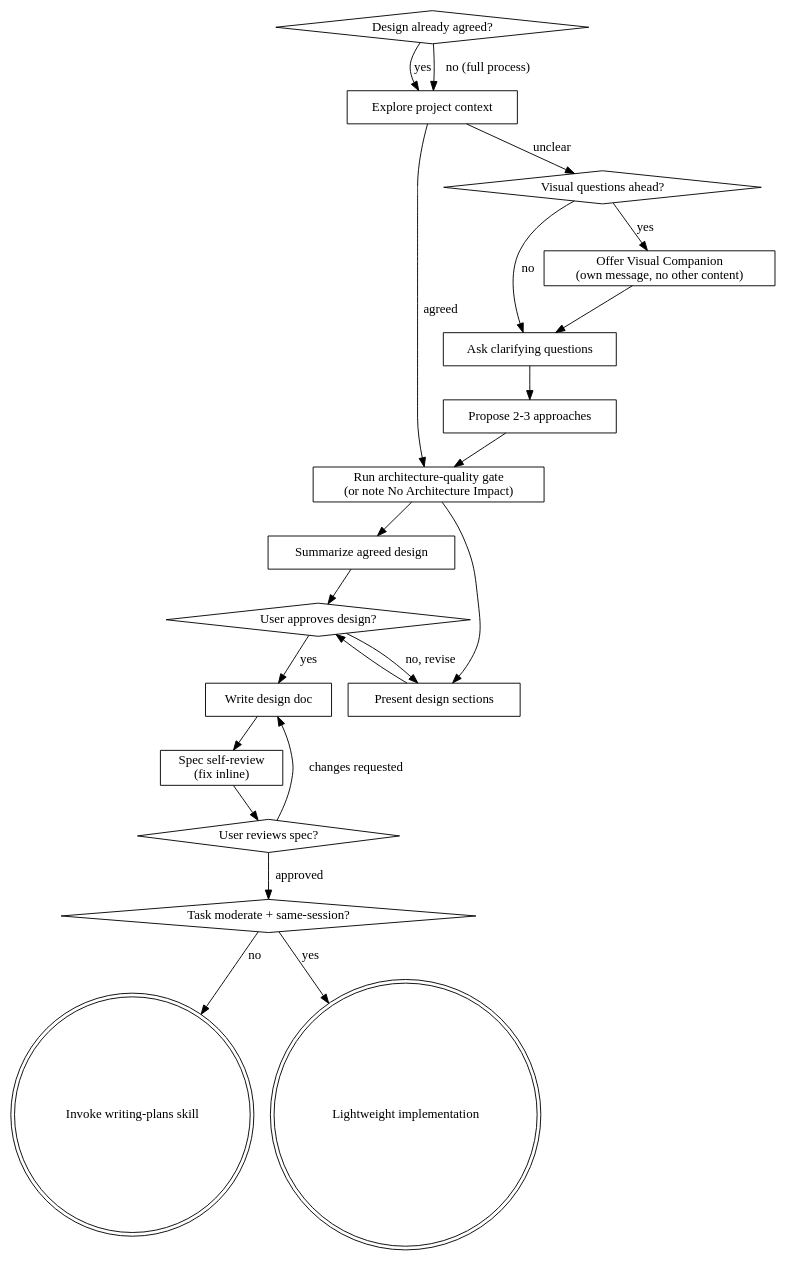
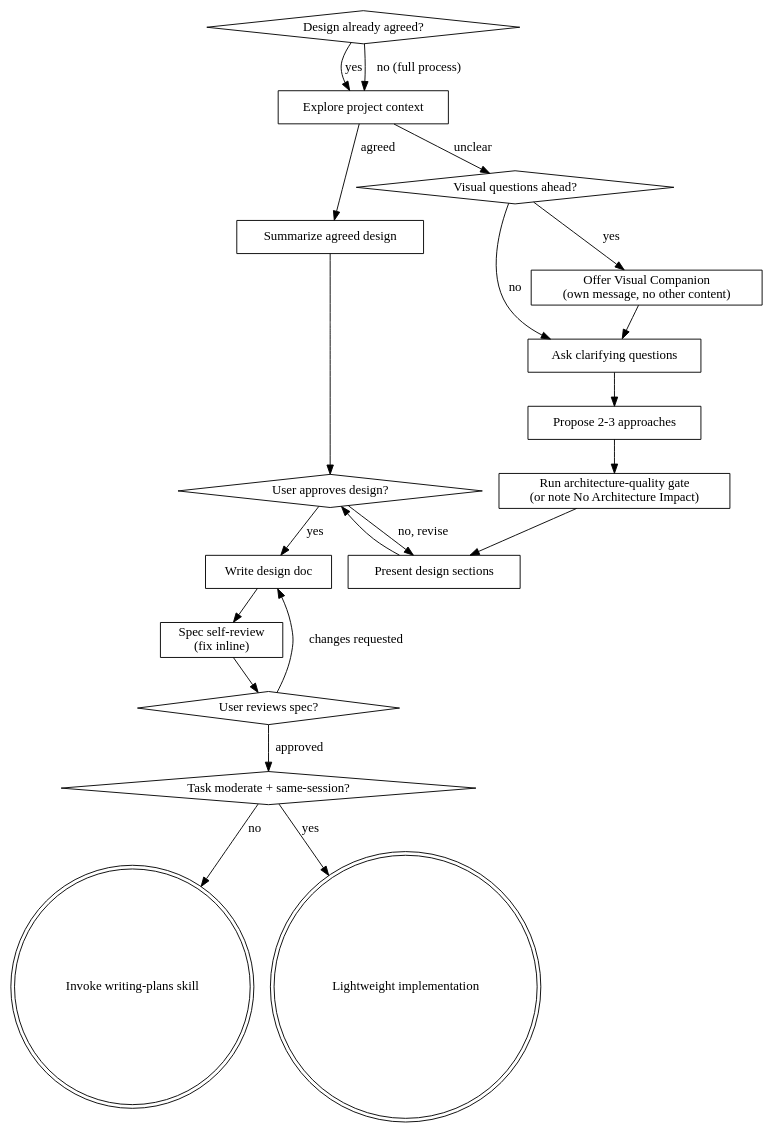
One commit to anortham/razorback changed the diagram in skills/brainstorming/SKILL.md. Above: the diagram before and after it, drawn with Graphviz. The commit also changed 2 other files, not shown here.

Commit message:
feat: lock architecture-quality checklist + clean brainstorming graph
Address two review findings from PR #3:

1. Add canonical "Review Checklist" section to architecture-quality
   SKILL.md with the 6 compact questions, plus a drift test asserting
   each enforcement point (subagent-driven-development SKILL.md +
   implementer-prompt.md, requesting-code-review/code-reviewer.md)
   contains all 6 verbatim. Stops silent drift across the duplicated
   checklist copies.

2. Remove the dual-entry architecture-quality node from the
   brainstorming graph's "agreed" path. The numbered checklists for
   fast-path and lightweight don't include architecture-quality
   either, so the graph and lists now agree: arch-quality runs in
   the full process between "Propose 2-3 approaches" and "Present
   design sections".

Tests: node --test tests/*.test.mjs -> 33/33 pass.

````diff
--- a/skills/brainstorming/SKILL.md
+++ b/skills/brainstorming/SKILL.md
@@ -71,44 +71,43 @@
 ```dot
 digraph brainstorming {
     "Design already agreed?" [shape=diamond];
     "Task moderate + same-session?" [shape=diamond];
     "Explore project context" [shape=box];
     "Run architecture-quality gate\n(or note No Architecture Impact)" [shape=box];
     "Summarize agreed design" [shape=box];
     "Visual questions ahead?" [shape=diamond];
     "Offer Visual Companion\n(own message, no other content)" [shape=box];
     "Ask clarifying questions" [shape=box];
     "Propose 2-3 approaches" [shape=box];
     "Present design sections" [shape=box];
     "User approves design?" [shape=diamond];
     "Write design doc" [shape=box];
     "Spec self-review\n(fix inline)" [shape=box];
     "User reviews spec?" [shape=diamond];
     "Invoke writing-plans skill" [shape=doublecircle];
     "Lightweight implementation" [shape=doublecircle];
 
     "Design already agreed?" -> "Explore project context" [label="yes"];
     "Design already agreed?" -> "Explore project context" [label="no (full process)"];
 
-    "Explore project context" -> "Run architecture-quality gate\n(or note No Architecture Impact)" [label="agreed"];
-    "Run architecture-quality gate\n(or note No Architecture Impact)" -> "Summarize agreed design";
+    "Explore project context" -> "Summarize agreed design" [label="agreed"];
     "Explore project context" -> "Visual questions ahead?" [label="unclear"];
     "Visual questions ahead?" -> "Offer Visual Companion\n(own message, no other content)" [label="yes"];
     "Visual questions ahead?" -> "Ask clarifying questions" [label="no"];
     "Offer Visual Companion\n(own message, no other content)" -> "Ask clarifying questions";
     "Ask clarifying questions" -> "Propose 2-3 approaches";
     "Propose 2-3 approaches" -> "Run architecture-quality gate\n(or note No Architecture Impact)";
     "Run architecture-quality gate\n(or note No Architecture Impact)" -> "Present design sections";
     "Present design sections" -> "User approves design?";
     "Summarize agreed design" -> "User approves design?";
 
     "User approves design?" -> "Present design sections" [label="no, revise"];
     "User approves design?" -> "Write design doc" [label="yes"];
     "Write design doc" -> "Spec self-review\n(fix inline)";
     "Spec self-review\n(fix inline)" -> "User reviews spec?";
     "User reviews spec?" -> "Write design doc" [label="changes requested"];
     "User reviews spec?" -> "Task moderate + same-session?" [label="approved"];
     "Task moderate + same-session?" -> "Lightweight implementation" [label="yes"];
     "Task moderate + same-session?" -> "Invoke writing-plans skill" [label="no"];
 }
 ```
````
